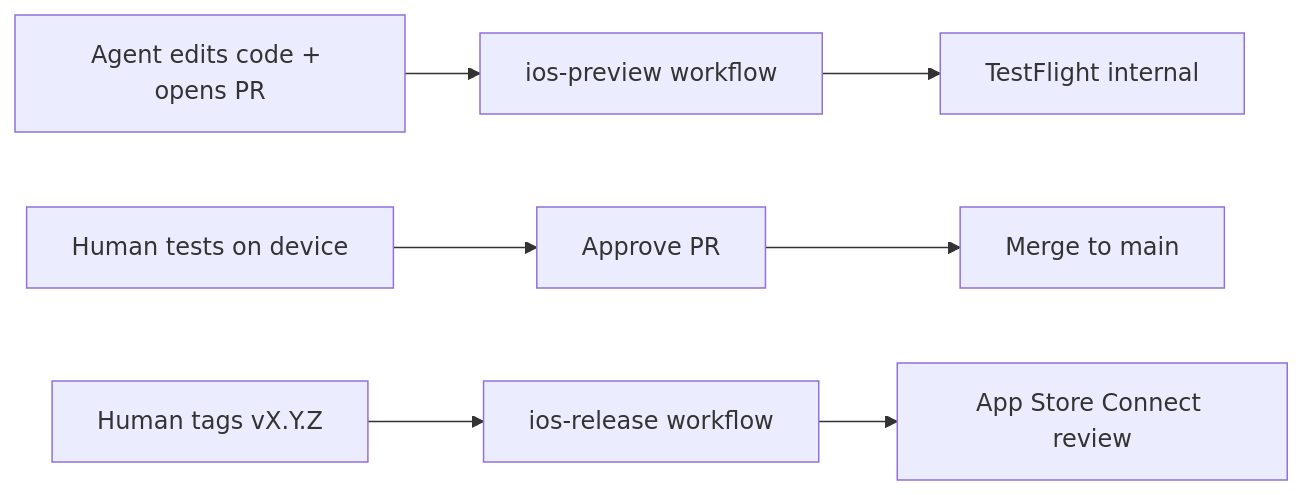
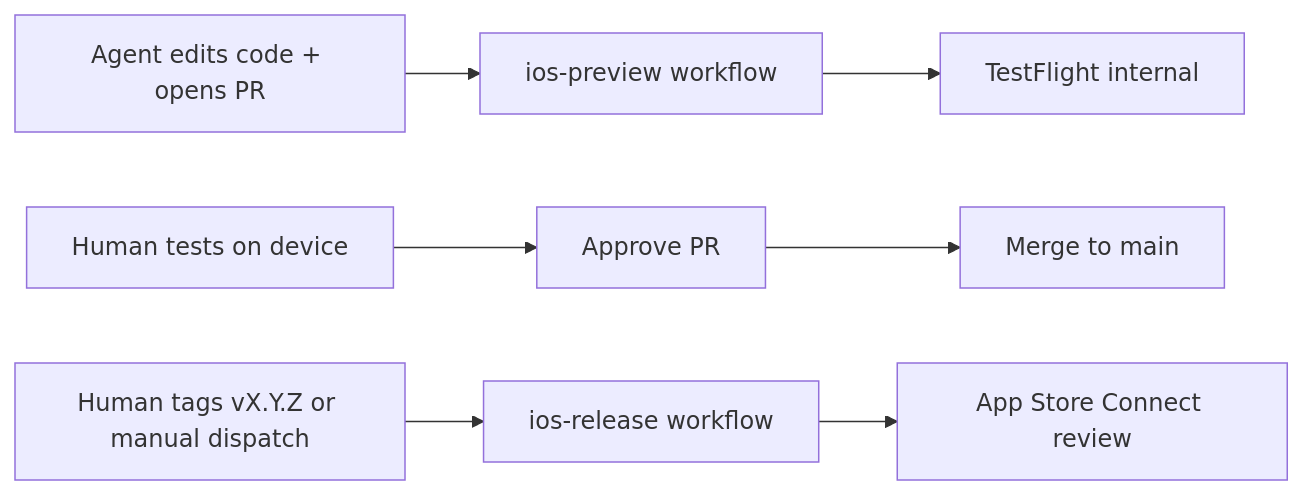
The diagram in Agent.md (chriskelly/MusicWall), drawn with Mermaid before and after one commit. The commit also changed other lines of this file and 1 other file, not shown here.

Commit message:
ci: Add workflow_dispatch to iOS Release for manual store releases
Allow running the App Store release pipeline from Actions with a
version input (e.g. 1.2.0) when a v* tag was not pushed. Tag pushes
continue to work unchanged.

````diff
--- a/Agent.md
+++ b/Agent.md
@@ -7,9 +7,9 @@
 ```mermaid
 flowchart LR
   Agent[Agent edits code + opens PR] --> Preview[ios-preview workflow]
   Preview --> TF[TestFlight internal]
   Human[Human tests on device] --> Approve[Approve PR]
   Approve --> Main[Merge to main]
-  Tag[Human tags vX.Y.Z] --> Release[ios-release workflow]
+  Tag[Human tags vX.Y.Z or manual dispatch] --> Release[ios-release workflow]
   Release --> ASC[App Store Connect review]
 ```
````
